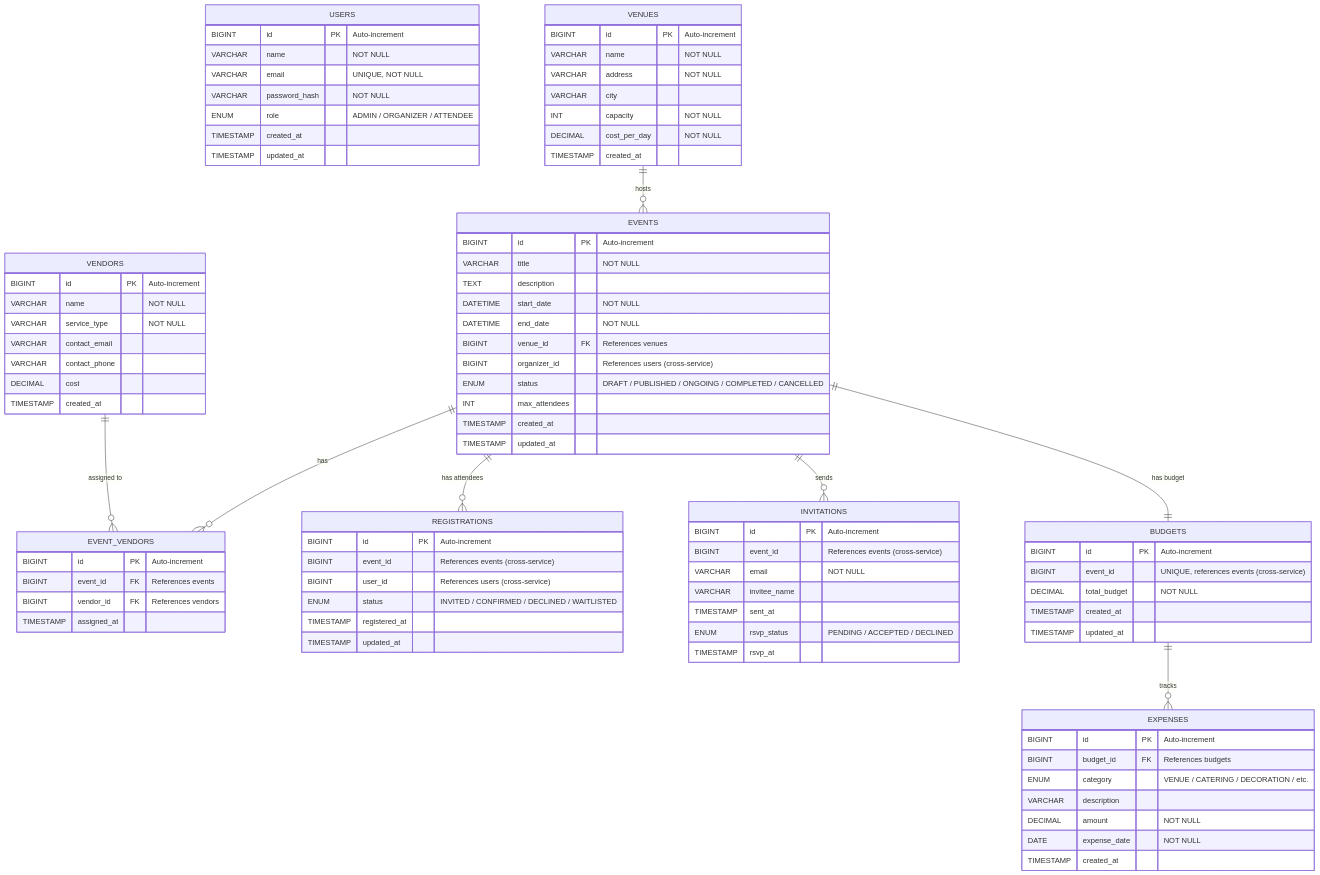
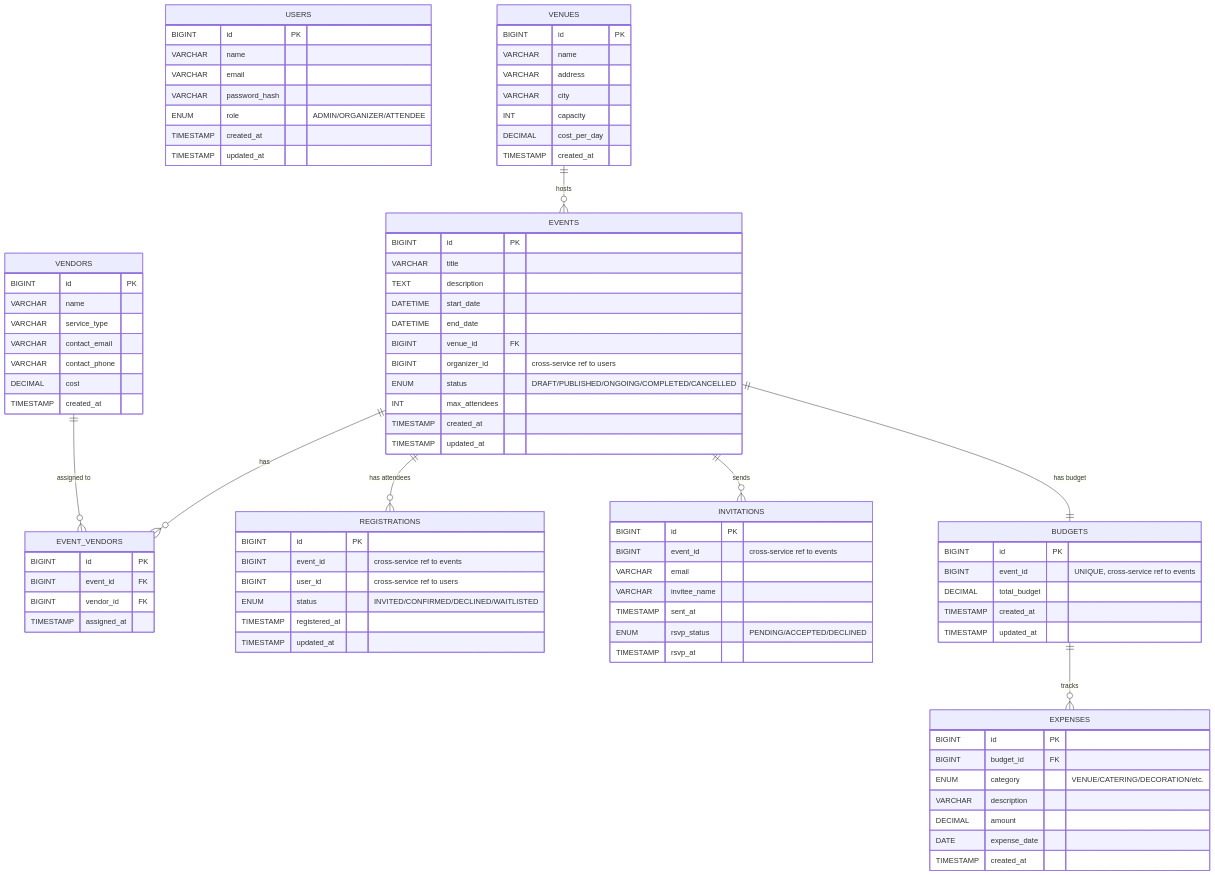
The first of 2 diagrams in docs/ER-Diagram.md (aiyan-shamshad/EventZen), drawn with Mermaid before and after one commit. The commit also changed other lines of this file and 5 other files, not shown here.

Commit message:
Phase 1: Project setup with database init, ER diagram, and docs

````diff
--- a/docs/ER-Diagram.md
+++ b/docs/ER-Diagram.md
@@ -5,49 +5,43 @@
 ```mermaid
 erDiagram
-    %% ==========================================
-    %% DATABASE: eventzen_users
-    %% ==========================================
     USERS {
-        BIGINT id PK "Auto-increment"
-        VARCHAR name "NOT NULL"
-        VARCHAR email "UNIQUE, NOT NULL"
-        VARCHAR password_hash "NOT NULL"
-        ENUM role "ADMIN / ORGANIZER / ATTENDEE"
+        BIGINT id PK
+        VARCHAR name
+        VARCHAR email
+        VARCHAR password_hash
+        ENUM role "ADMIN/ORGANIZER/ATTENDEE"
         TIMESTAMP created_at
         TIMESTAMP updated_at
     }
 
-    %% ==========================================
-    %% DATABASE: eventzen_events
-    %% ==========================================
     VENUES {
-        BIGINT id PK "Auto-increment"
-        VARCHAR name "NOT NULL"
-        VARCHAR address "NOT NULL"
+        BIGINT id PK
+        VARCHAR name
+        VARCHAR address
         VARCHAR city
-        INT capacity "NOT NULL"
-        DECIMAL cost_per_day "NOT NULL"
+        INT capacity
+        DECIMAL cost_per_day
         TIMESTAMP created_at
     }
 
     EVENTS {
-        BIGINT id PK "Auto-increment"
-        VARCHAR title "NOT NULL"
+        BIGINT id PK
+        VARCHAR title
         TEXT description
-        DATETIME start_date "NOT NULL"
-        DATETIME end_date "NOT NULL"
-        BIGINT venue_id FK "References venues"
-        BIGINT organizer_id "References users (cross-service)"
-        ENUM status "DRAFT / PUBLISHED / ONGOING / COMPLETED / CANCELLED"
+        DATETIME start_date
+        DATETIME end_date
+        BIGINT venue_id FK
+        BIGINT organizer_id "cross-service ref to users"
+        ENUM status "DRAFT/PUBLISHED/ONGOING/COMPLETED/CANCELLED"
         INT max_attendees
         TIMESTAMP created_at
         TIMESTAMP updated_at
     }
 
     VENDORS {
-        BIGINT id PK "Auto-increment"
-        VARCHAR name "NOT NULL"
-        VARCHAR service_type "NOT NULL"
+        BIGINT id PK
+        VARCHAR name
+        VARCHAR service_type
         VARCHAR contact_email
         VARCHAR contact_phone
         DECIMAL cost
@@ -55,58 +49,49 @@
     }
 
     EVENT_VENDORS {
-        BIGINT id PK "Auto-increment"
-        BIGINT event_id FK "References events"
-        BIGINT vendor_id FK "References vendors"
+        BIGINT id PK
+        BIGINT event_id FK
+        BIGINT vendor_id FK
         TIMESTAMP assigned_at
     }
 
-    %% ==========================================
-    %% DATABASE: eventzen_attendees
-    %% ==========================================
     REGISTRATIONS {
-        BIGINT id PK "Auto-increment"
-        BIGINT event_id "References events (cross-service)"
-        BIGINT user_id "References users (cross-service)"
-        ENUM status "INVITED / CONFIRMED / DECLINED / WAITLISTED"
+        BIGINT id PK
+        BIGINT event_id "cross-service ref to events"
+        BIGINT user_id "cross-service ref to users"
+        ENUM status "INVITED/CONFIRMED/DECLINED/WAITLISTED"
         TIMESTAMP registered_at
         TIMESTAMP updated_at
     }
 
     INVITATIONS {
-        BIGINT id PK "Auto-increment"
-        BIGINT event_id "References events (cross-service)"
-        VARCHAR email "NOT NULL"
+        BIGINT id PK
+        BIGINT event_id "cross-service ref to events"
+        VARCHAR email
         VARCHAR invitee_name
         TIMESTAMP sent_at
-        ENUM rsvp_status "PENDING / ACCEPTED / DECLINED"
+        ENUM rsvp_status "PENDING/ACCEPTED/DECLINED"
         TIMESTAMP rsvp_at
     }
 
-    %% ==========================================
-    %% DATABASE: eventzen_budget
-    %% ==========================================
     BUDGETS {
-        BIGINT id PK "Auto-increment"
-        BIGINT event_id "UNIQUE, references events (cross-service)"
-        DECIMAL total_budget "NOT NULL"
+        BIGINT id PK
+        BIGINT event_id "UNIQUE, cross-service ref to events"
+        DECIMAL total_budget
         TIMESTAMP created_at
         TIMESTAMP updated_at
     }
 
     EXPENSES {
-        BIGINT id PK "Auto-increment"
-        BIGINT budget_id FK "References budgets"
-        ENUM category "VENUE / CATERING / DECORATION / etc."
+        BIGINT id PK
+        BIGINT budget_id FK
+        ENUM category "VENUE/CATERING/DECORATION/etc."
         VARCHAR description
-        DECIMAL amount "NOT NULL"
-        DATE expense_date "NOT NULL"
+        DECIMAL amount
+        DATE expense_date
         TIMESTAMP created_at
     }
 
-    %% ==========================================
-    %% RELATIONSHIPS
-    %% ==========================================
     VENUES ||--o{ EVENTS : "hosts"
     EVENTS ||--o{ EVENT_VENDORS : "has"
     VENDORS ||--o{ EVENT_VENDORS : "assigned to"
````
